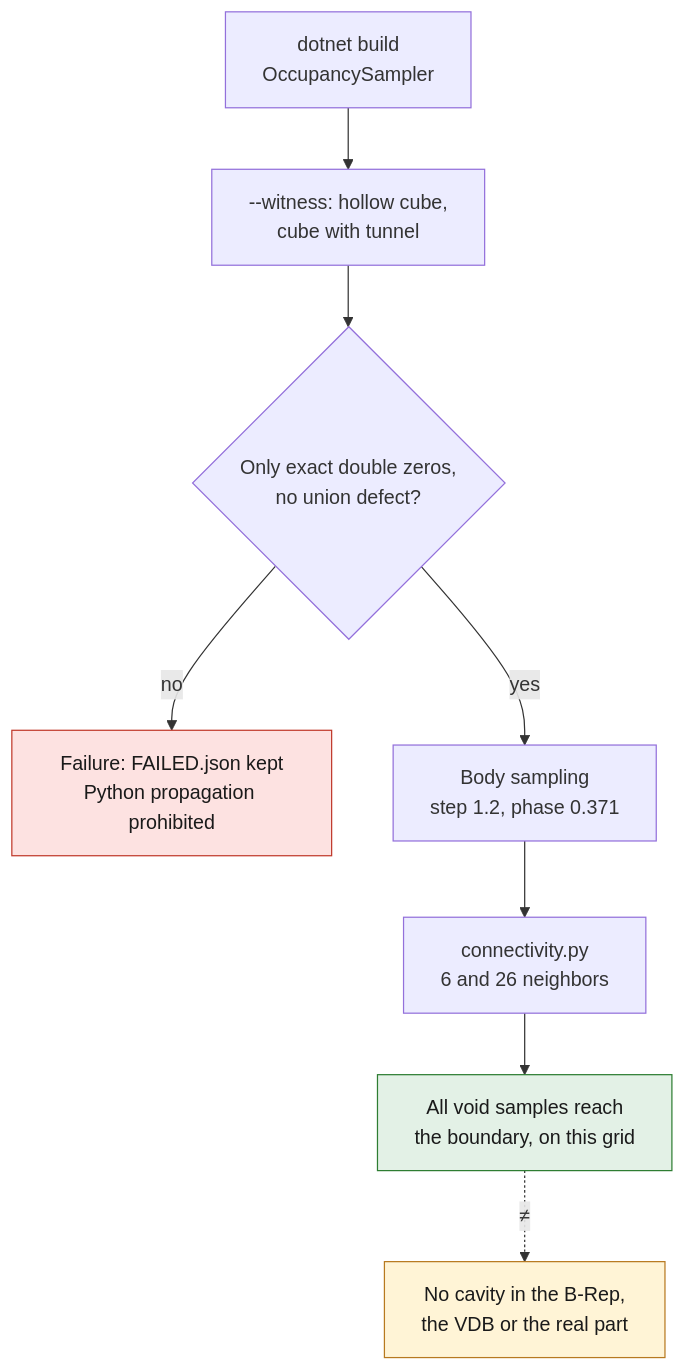
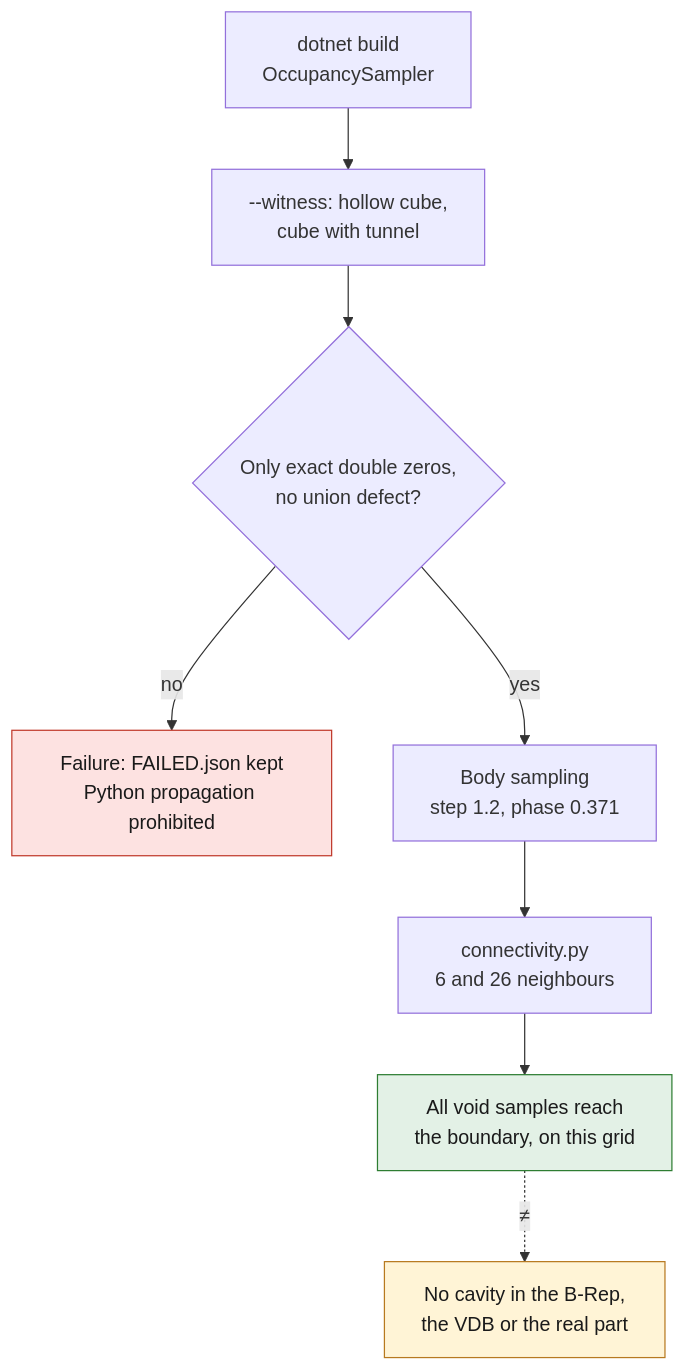
One commit to cluster2600/porscheparts changed the diagram in twins/m64-cylinder-head/source/picogk-connectivity/README.md. Above: the diagram before and after it, drawn with Mermaid. The commit also changed other lines of this file and 480 other files, not shown here.

````diff
--- a/twins/m64-cylinder-head/source/picogk-connectivity/README.md
+++ b/twins/m64-cylinder-head/source/picogk-connectivity/README.md
@@ -45,13 +45,13 @@
 ```mermaid
 flowchart TD
     A["dotnet build<br/>OccupancySampler"] --> B["--witness: hollow cube,<br/>cube with tunnel"]
     B --> C{"Only exact double zeros,<br/>no union defect?"}
     C -- "no" --> F["Failure: FAILED.json kept<br/>Python propagation prohibited"]:::stop
     C -- "yes" --> D["Body sampling<br/>step 1.2, phase 0.371"]
-    D --> E["connectivity.py<br/>6 and 26 neighbors"]
+    D --> E["connectivity.py<br/>6 and 26 neighbours"]
     E --> G["All void samples reach<br/>the boundary, on this grid"]:::ok
     G -. "≠" .-> H["No cavity in the B-Rep,<br/>the VDB or the real part"]:::open
     classDef stop fill:#fde2e1,stroke:#c0392b,color:#1a1a1a;
     classDef ok fill:#e3f1e6,stroke:#2e7d32,color:#1a1a1a;
     classDef open fill:#fff4d6,stroke:#b7791f,color:#1a1a1a;
 ```
````
